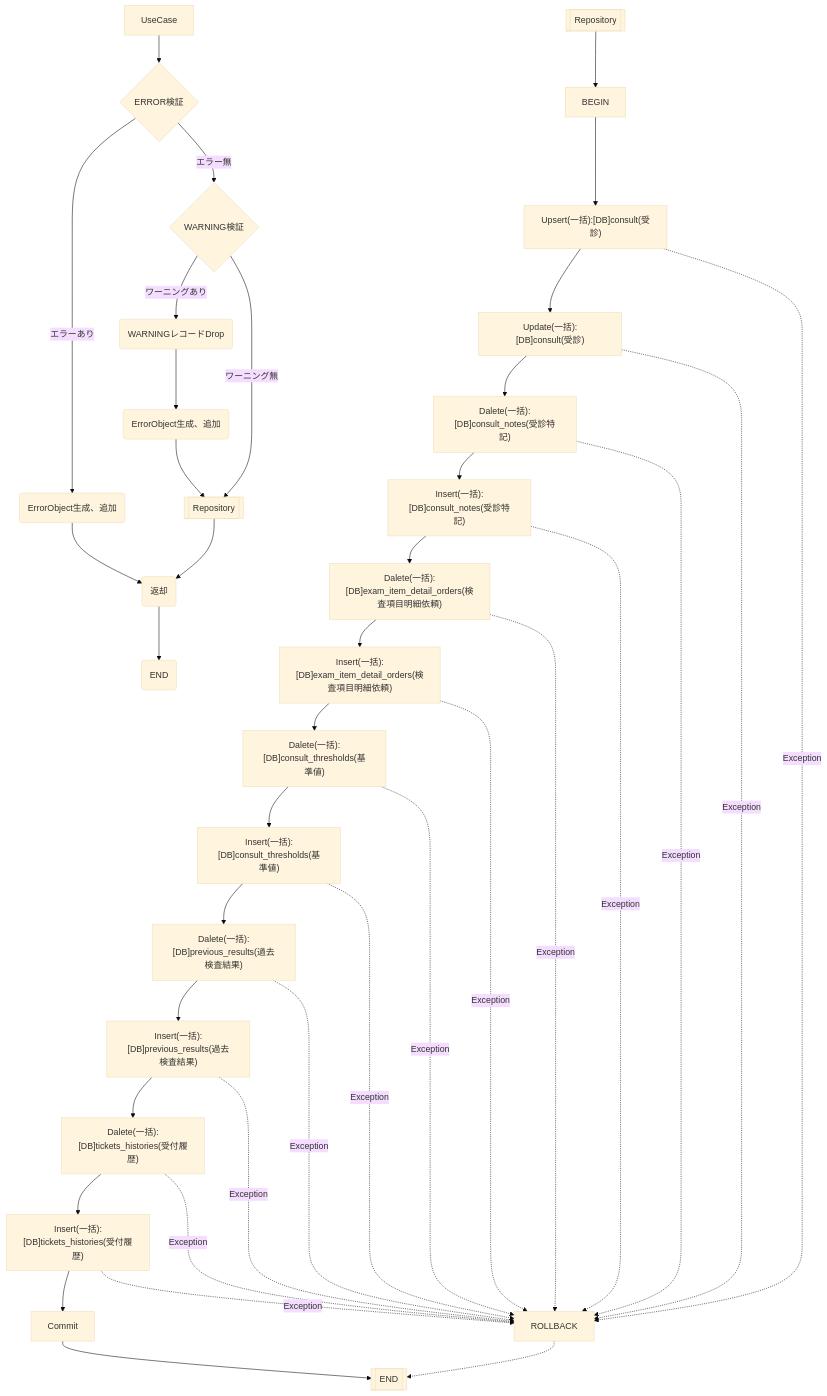
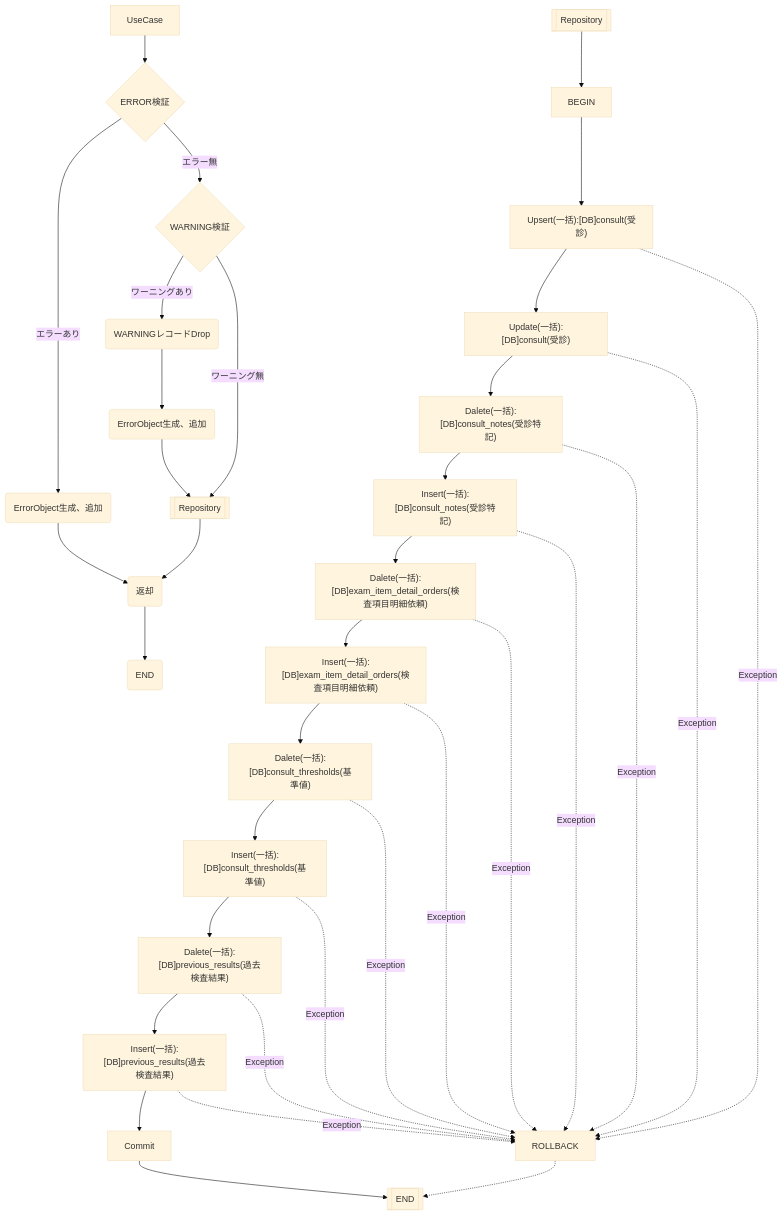
The diagram in Documents/外部IF設計書/src/docs/インターフェース/EC2004_受診を更新する.adoc (MrWangpeilin945/FlutterIOS), drawn with Mermaid (base theme) before and after one commit. The commit also changed other lines of this file, not shown here.

```diff
--- a/Documents/外部IF設計書/src/docs/インターフェース/EC2004_受診を更新する.adoc
+++ b/Documents/外部IF設計書/src/docs/インターフェース/EC2004_受診を更新する.adoc
@@ -10,43 +10,39 @@
 [mermaid]
 ----
 flowchart TD
     A[UseCase] --> ERROR{ERROR検証}
     ERROR -- エラーあり --> C(ErrorObject生成、追加)
     ERROR -- エラー無 --> WARNING{WARNING検証}    
     WARNING -- ワーニングあり --> DROP(WARNINGレコードDrop)
     DROP(WARNINGレコードDrop) --> DROP_REC(ErrorObject生成、追加)
     DROP_REC --> D[[Repository]]
     WARNING -- ワーニング無 --> D
     C --> E(返却)
     D --> E
     E --> UseCaseEND(END)
 
     F[[Repository]] --> G[BEGIN]
     G --> H["Upsert(一括):[DB]consult(受診)"]
     H --> I["Update(一括):[DB]consult(受診)"]
     I --> J["Dalete(一括):[DB]consult_notes(受診特記)"]
     J --> K["Insert(一括):[DB]consult_notes(受診特記)"]
     K --> L["Dalete(一括):[DB]exam_item_detail_orders(検査項目明細依頼)"]
     L --> M["Insert(一括):[DB]exam_item_detail_orders(検査項目明細依頼)"]
     M --> N["Dalete(一括):[DB]consult_thresholds(基準値)"]
     N --> O["Insert(一括):[DB]consult_thresholds(基準値)"]
     O --> P["Dalete(一括):[DB]previous_results(過去検査結果)"]
     P --> Q["Insert(一括):[DB]previous_results(過去検査結果)"]
-    Q --> R["Dalete(一括):[DB]tickets_histories(受付履歴)"]
-    R --> S["Insert(一括):[DB]tickets_histories(受付履歴)"]
-    S --> Commit[Commit]
+    Q --> Commit[Commit]
     H -.Exception.-> ROLLBACK[ROLLBACK]
     I -.Exception.-> ROLLBACK
     J -.Exception.-> ROLLBACK
     K -.Exception.-> ROLLBACK
     L -.Exception.-> ROLLBACK
     M -.Exception.-> ROLLBACK
     N -.Exception.-> ROLLBACK
     O -.Exception.-> ROLLBACK
     P -.Exception.-> ROLLBACK
     Q -.Exception.-> ROLLBACK
-    R -.Exception.-> ROLLBACK
-    S -.Exception.-> ROLLBACK
     Commit --> RepositoryEND[[END]]
     ROLLBACK .-> RepositoryEND
 ----
```
